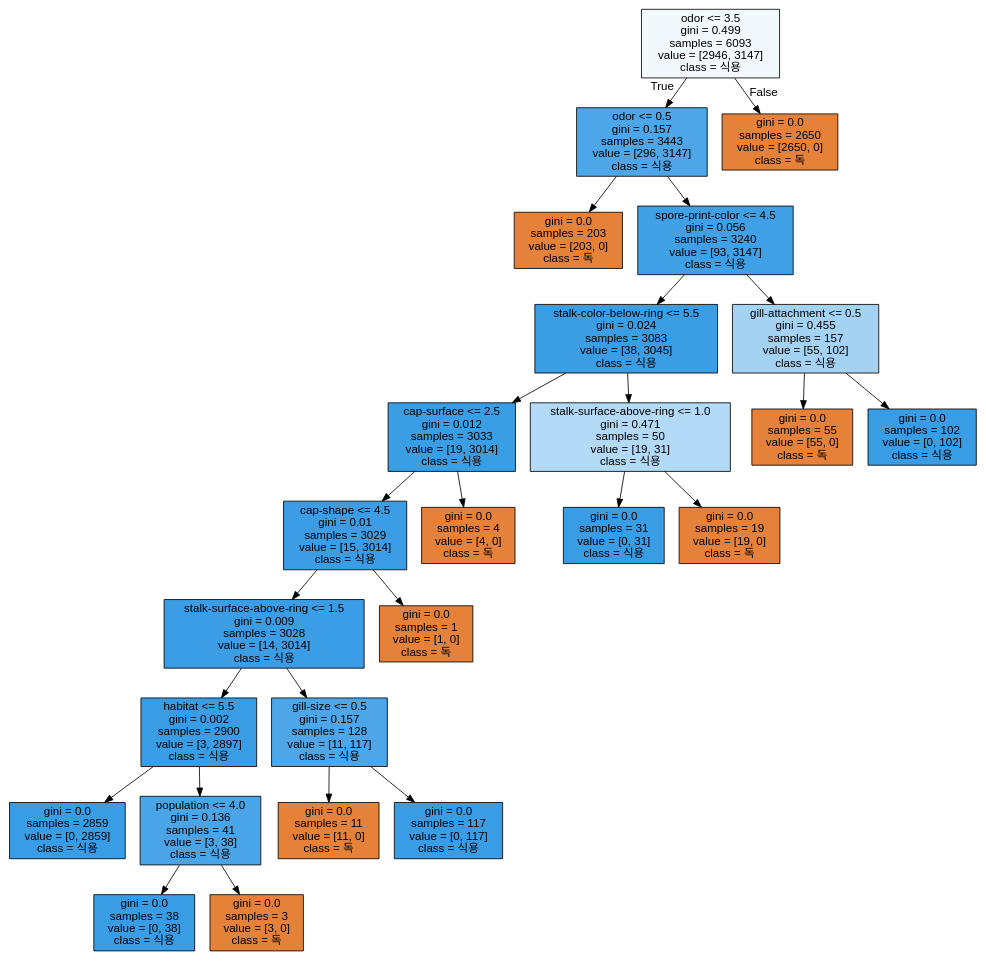
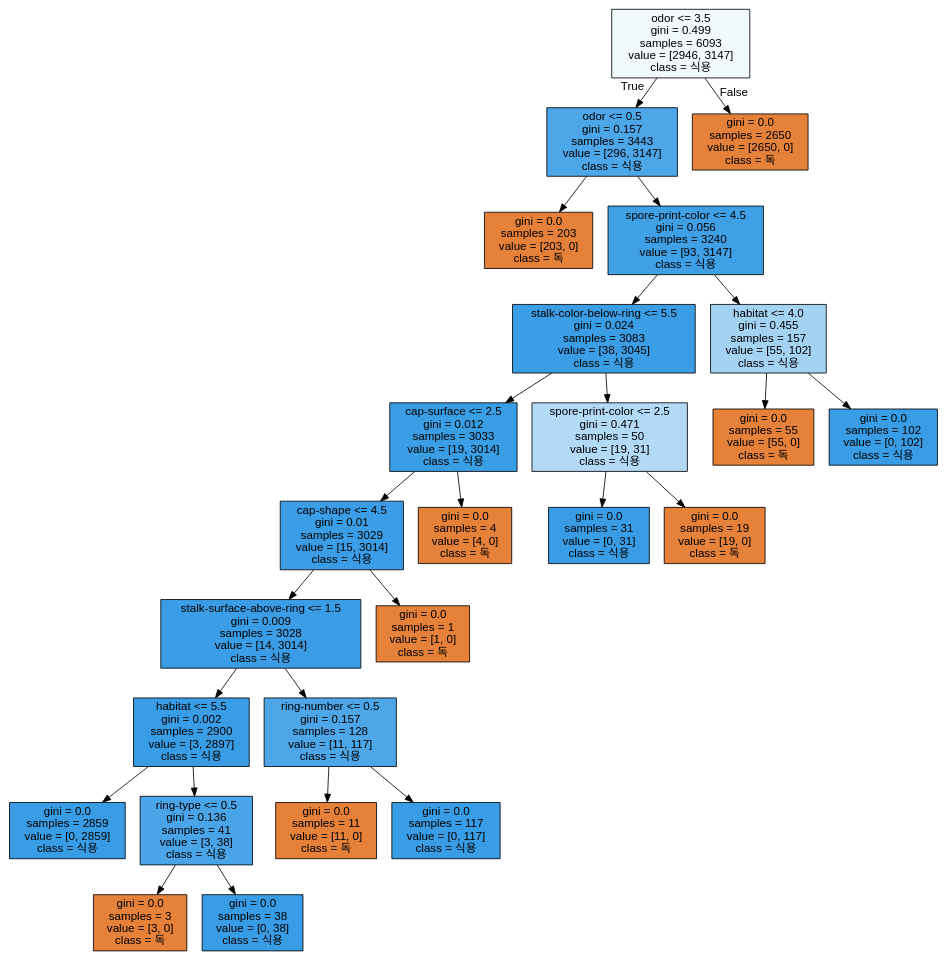
One commit to LeticiaKang/Data_Analytics_Course changed the diagram in 머신러닝/수업/mushroom_tree.dot. Above: the diagram before and after it, drawn with Graphviz. The commit also changed 9 other files, not shown here.

```diff
--- a/머신러닝/수업/mushroom_tree.dot
+++ b/머신러닝/수업/mushroom_tree.dot
@@ -1,53 +1,53 @@
 digraph Tree {
 node [shape=box, style="filled", color="black", fontname="helvetica"] ;
 edge [fontname="helvetica"] ;
 0 [label="odor <= 3.5\ngini = 0.499\nsamples = 6093\nvalue = [2946, 3147]\nclass = 식용", fillcolor="#f2f9fd"] ;
 1 [label="odor <= 0.5\ngini = 0.157\nsamples = 3443\nvalue = [296, 3147]\nclass = 식용", fillcolor="#4ca6e7"] ;
 0 -> 1 [labeldistance=2.5, labelangle=45, headlabel="True"] ;
 2 [label="gini = 0.0\nsamples = 203\nvalue = [203, 0]\nclass = 독", fillcolor="#e58139"] ;
 1 -> 2 ;
 3 [label="spore-print-color <= 4.5\ngini = 0.056\nsamples = 3240\nvalue = [93, 3147]\nclass = 식용", fillcolor="#3fa0e6"] ;
 1 -> 3 ;
 4 [label="stalk-color-below-ring <= 5.5\ngini = 0.024\nsamples = 3083\nvalue = [38, 3045]\nclass = 식용", fillcolor="#3b9ee5"] ;
 3 -> 4 ;
 5 [label="cap-surface <= 2.5\ngini = 0.012\nsamples = 3033\nvalue = [19, 3014]\nclass = 식용", fillcolor="#3a9ee5"] ;
 4 -> 5 ;
 6 [label="cap-shape <= 4.5\ngini = 0.01\nsamples = 3029\nvalue = [15, 3014]\nclass = 식용", fillcolor="#3a9de5"] ;
 5 -> 6 ;
 7 [label="stalk-surface-above-ring <= 1.5\ngini = 0.009\nsamples = 3028\nvalue = [14, 3014]\nclass = 식용", fillcolor="#3a9de5"] ;
 6 -> 7 ;
 8 [label="habitat <= 5.5\ngini = 0.002\nsamples = 2900\nvalue = [3, 2897]\nclass = 식용", fillcolor="#399de5"] ;
 7 -> 8 ;
 9 [label="gini = 0.0\nsamples = 2859\nvalue = [0, 2859]\nclass = 식용", fillcolor="#399de5"] ;
 8 -> 9 ;
-10 [label="population <= 4.0\ngini = 0.136\nsamples = 41\nvalue = [3, 38]\nclass = 식용", fillcolor="#49a5e7"] ;
+10 [label="ring-type <= 0.5\ngini = 0.136\nsamples = 41\nvalue = [3, 38]\nclass = 식용", fillcolor="#49a5e7"] ;
 8 -> 10 ;
-11 [label="gini = 0.0\nsamples = 38\nvalue = [0, 38]\nclass = 식용", fillcolor="#399de5"] ;
+11 [label="gini = 0.0\nsamples = 3\nvalue = [3, 0]\nclass = 독", fillcolor="#e58139"] ;
 10 -> 11 ;
-12 [label="gini = 0.0\nsamples = 3\nvalue = [3, 0]\nclass = 독", fillcolor="#e58139"] ;
+12 [label="gini = 0.0\nsamples = 38\nvalue = [0, 38]\nclass = 식용", fillcolor="#399de5"] ;
 10 -> 12 ;
-13 [label="gill-size <= 0.5\ngini = 0.157\nsamples = 128\nvalue = [11, 117]\nclass = 식용", fillcolor="#4ca6e7"] ;
+13 [label="ring-number <= 0.5\ngini = 0.157\nsamples = 128\nvalue = [11, 117]\nclass = 식용", fillcolor="#4ca6e7"] ;
 7 -> 13 ;
 14 [label="gini = 0.0\nsamples = 11\nvalue = [11, 0]\nclass = 독", fillcolor="#e58139"] ;
 13 -> 14 ;
 15 [label="gini = 0.0\nsamples = 117\nvalue = [0, 117]\nclass = 식용", fillcolor="#399de5"] ;
 13 -> 15 ;
 16 [label="gini = 0.0\nsamples = 1\nvalue = [1, 0]\nclass = 독", fillcolor="#e58139"] ;
 6 -> 16 ;
 17 [label="gini = 0.0\nsamples = 4\nvalue = [4, 0]\nclass = 독", fillcolor="#e58139"] ;
 5 -> 17 ;
-18 [label="stalk-surface-above-ring <= 1.0\ngini = 0.471\nsamples = 50\nvalue = [19, 31]\nclass = 식용", fillcolor="#b2d9f5"] ;
+18 [label="spore-print-color <= 2.5\ngini = 0.471\nsamples = 50\nvalue = [19, 31]\nclass = 식용", fillcolor="#b2d9f5"] ;
 4 -> 18 ;
 19 [label="gini = 0.0\nsamples = 31\nvalue = [0, 31]\nclass = 식용", fillcolor="#399de5"] ;
 18 -> 19 ;
 20 [label="gini = 0.0\nsamples = 19\nvalue = [19, 0]\nclass = 독", fillcolor="#e58139"] ;
 18 -> 20 ;
-21 [label="gill-attachment <= 0.5\ngini = 0.455\nsamples = 157\nvalue = [55, 102]\nclass = 식용", fillcolor="#a4d2f3"] ;
+21 [label="habitat <= 4.0\ngini = 0.455\nsamples = 157\nvalue = [55, 102]\nclass = 식용", fillcolor="#a4d2f3"] ;
 3 -> 21 ;
 22 [label="gini = 0.0\nsamples = 55\nvalue = [55, 0]\nclass = 독", fillcolor="#e58139"] ;
 21 -> 22 ;
 23 [label="gini = 0.0\nsamples = 102\nvalue = [0, 102]\nclass = 식용", fillcolor="#399de5"] ;
 21 -> 23 ;
 24 [label="gini = 0.0\nsamples = 2650\nvalue = [2650, 0]\nclass = 독", fillcolor="#e58139"] ;
 0 -> 24 [labeldistance=2.5, labelangle=-45, headlabel="False"] ;
 }
```
